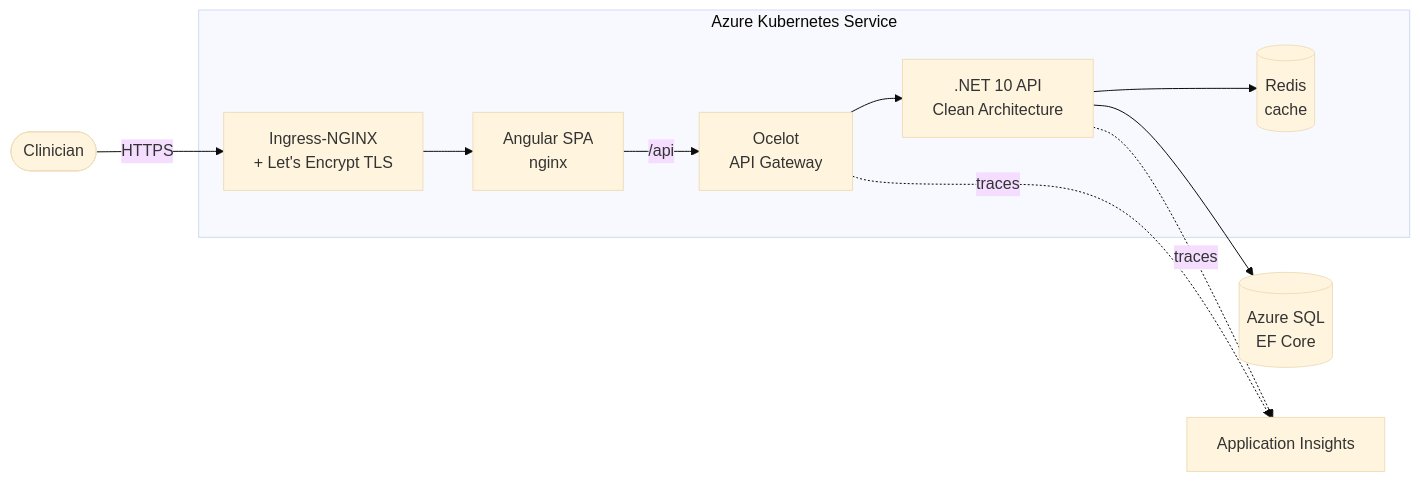
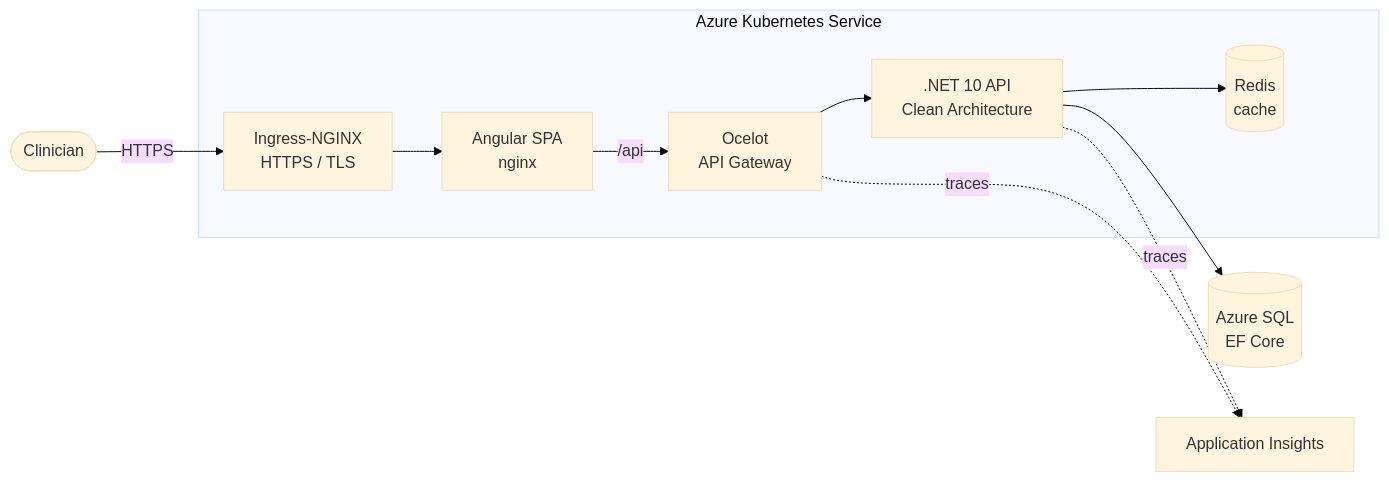
The first of 4 diagrams in README.md (Iswariyabalasubramani24/carelink-clinician-portal), drawn with Mermaid (base theme) before and after one commit. The commit also changed other lines of this file, not shown here.

First line of the commit message:
docs: fix Mermaid diagrams failing to render on GitHub

````diff
--- a/README.md
+++ b/README.md
@@ -78,19 +78,19 @@
 ```mermaid
 flowchart LR
-    U([Clinician]) -->|HTTPS| ING[Ingress-NGINX<br/>+ Let's Encrypt TLS]
-    ING --> FE[Angular SPA<br/>nginx]
-    FE -->|/api| GW[Ocelot<br/>API Gateway]
-    GW --> API[.NET 10 API<br/>Clean Architecture]
-    API --> DB[(Azure SQL<br/>EF Core)]
-    API --> REDIS[(Redis<br/>cache)]
-    API -.traces.-> AI[Application Insights]
+    U([Clinician]) -->|HTTPS| ING["Ingress-NGINX<br/>HTTPS / TLS"]
+    ING --> FE["Angular SPA<br/>nginx"]
+    FE -->|/api| GW["Ocelot<br/>API Gateway"]
+    GW --> API[".NET 10 API<br/>Clean Architecture"]
+    API --> DB[("Azure SQL<br/>EF Core")]
+    API --> REDIS[("Redis<br/>cache")]
+    API -.traces.-> AI["Application Insights"]
     GW -.traces.-> AI
 
-    subgraph Kubernetes [Azure Kubernetes Service]
+    subgraph AKS["Azure Kubernetes Service"]
         ING
         FE
         GW
         API
         REDIS
     end
 ```
````
